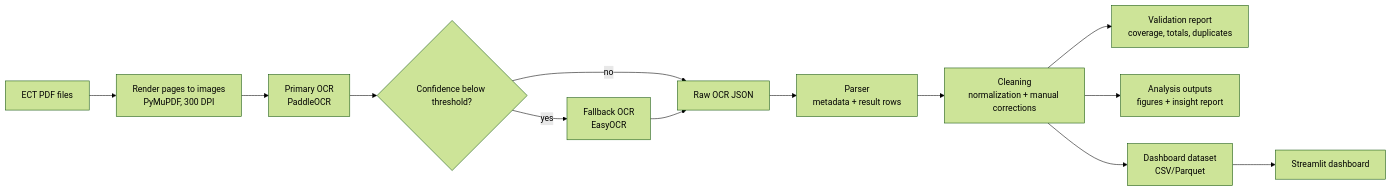
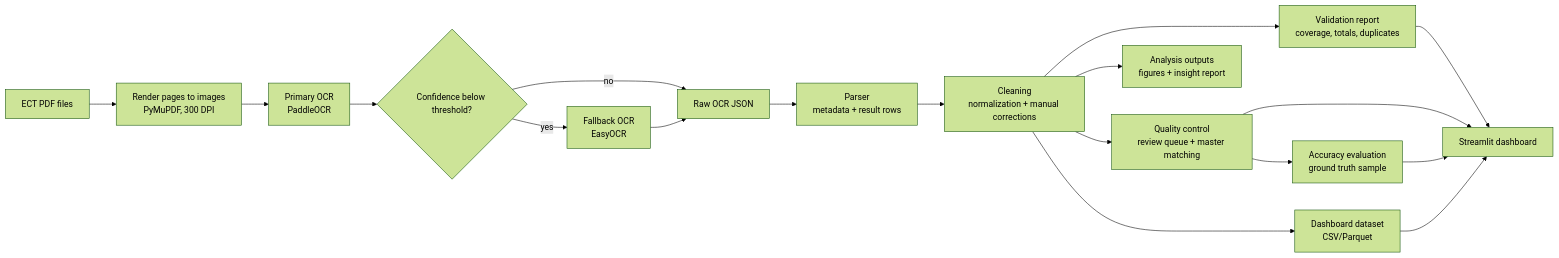
Before and after one commit to besttny/ProjectDSDE_election2026: the diagram in docs/architecture.md, drawn with Mermaid (forest theme). The commit also changed other lines of this file and 26 other files, not shown here.

````diff
--- a/docs/architecture.md
+++ b/docs/architecture.md
@@ -3,15 +3,20 @@
 ```mermaid
 flowchart LR
     A["ECT PDF files"] --> B["Render pages to images<br/>PyMuPDF, 300 DPI"]
     B --> C["Primary OCR<br/>PaddleOCR"]
     C --> D{"Confidence below threshold?"}
     D -- yes --> E["Fallback OCR<br/>EasyOCR"]
     D -- no --> F["Raw OCR JSON"]
     E --> F
     F --> G["Parser<br/>metadata + result rows"]
     G --> H["Cleaning<br/>normalization + manual corrections"]
     H --> I["Validation report<br/>coverage, totals, duplicates"]
-    H --> J["Analysis outputs<br/>figures + insight report"]
-    H --> K["Dashboard dataset<br/>CSV/Parquet"]
-    K --> L["Streamlit dashboard"]
+    H --> J["Quality control<br/>review queue + master matching"]
+    J --> K["Accuracy evaluation<br/>ground truth sample"]
+    H --> L["Analysis outputs<br/>figures + insight report"]
+    H --> M["Dashboard dataset<br/>CSV/Parquet"]
+    I --> N["Streamlit dashboard"]
+    J --> N
+    K --> N
+    M --> N
 ```
````
